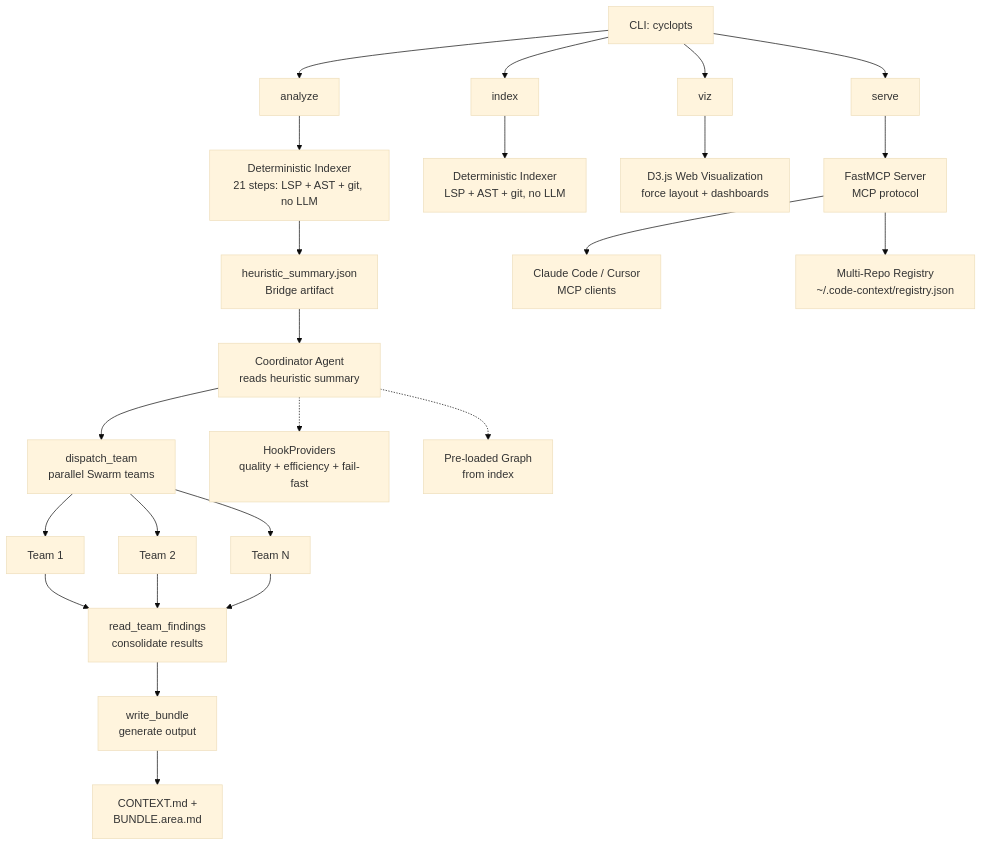
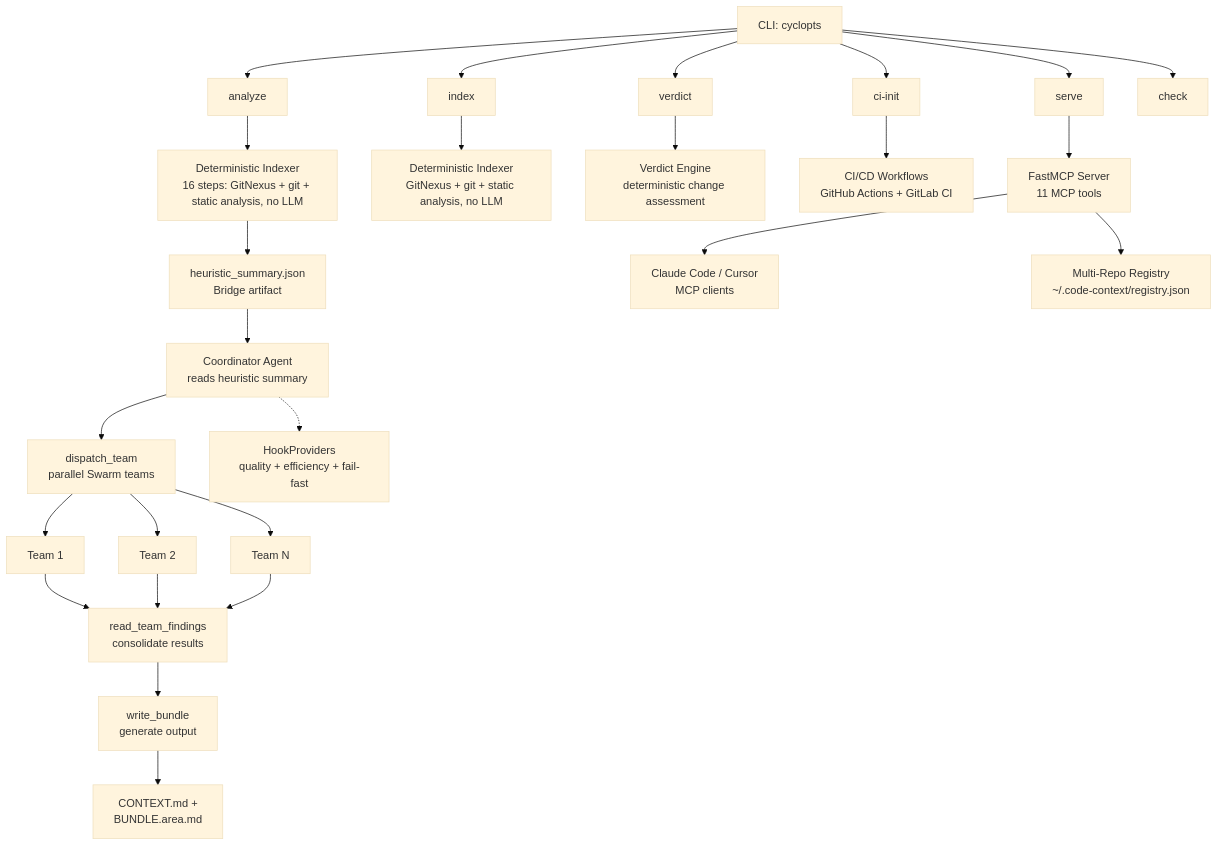
One commit to theagenticguy/code-context-agent changed the diagram in README.md. Above: the diagram before and after it, drawn with Mermaid (base theme). The commit also changed other lines of this file, not shown here.

````diff
--- a/README.md
+++ b/README.md
@@ -81,22 +77,24 @@
 ```mermaid
 flowchart TD
     A[CLI: cyclopts] --> B1[analyze]
     A --> B2[index]
-    A --> B3[viz]
+    A --> B3[verdict]
     A --> B4[serve]
-    B1 --> IX2[Deterministic Indexer<br/>21 steps: LSP + AST + git, no LLM]
+    A --> B5[ci-init]
+    A --> B6[check]
+    B1 --> IX2[Deterministic Indexer<br/>16 steps: GitNexus + git + static analysis, no LLM]
     IX2 --> HS[heuristic_summary.json<br/>Bridge artifact]
     HS --> CO[Coordinator Agent<br/>reads heuristic summary]
     CO --> DT[dispatch_team<br/>parallel Swarm teams]
     DT --> T1[Team 1] & T2[Team 2] & TN[Team N]
     T1 & T2 & TN --> RF[read_team_findings<br/>consolidate results]
     RF --> WB[write_bundle<br/>generate output]
     WB --> O[CONTEXT.md +<br/>BUNDLE.area.md]
-    B2 --> IX[Deterministic Indexer<br/>LSP + AST + git, no LLM]
-    B3 --> VZ[D3.js Web Visualization<br/>force layout + dashboards]
+    B2 --> IX[Deterministic Indexer<br/>GitNexus + git + static analysis, no LLM]
+    B3 --> VD[Verdict Engine<br/>deterministic change assessment]
+    B5 --> CI[CI/CD Workflows<br/>GitHub Actions + GitLab CI]
     CO -.-> F[HookProviders<br/>quality + efficiency + fail-fast]
-    CO -.-> GP[Pre-loaded Graph<br/>from index]
-    B4 --> Q[FastMCP Server<br/>MCP protocol]
+    B4 --> Q[FastMCP Server<br/>11 MCP tools]
     Q --> R[Claude Code / Cursor<br/>MCP clients]
     Q --> REG[Multi-Repo Registry<br/>~/.code-context/registry.json]
 ```
````
